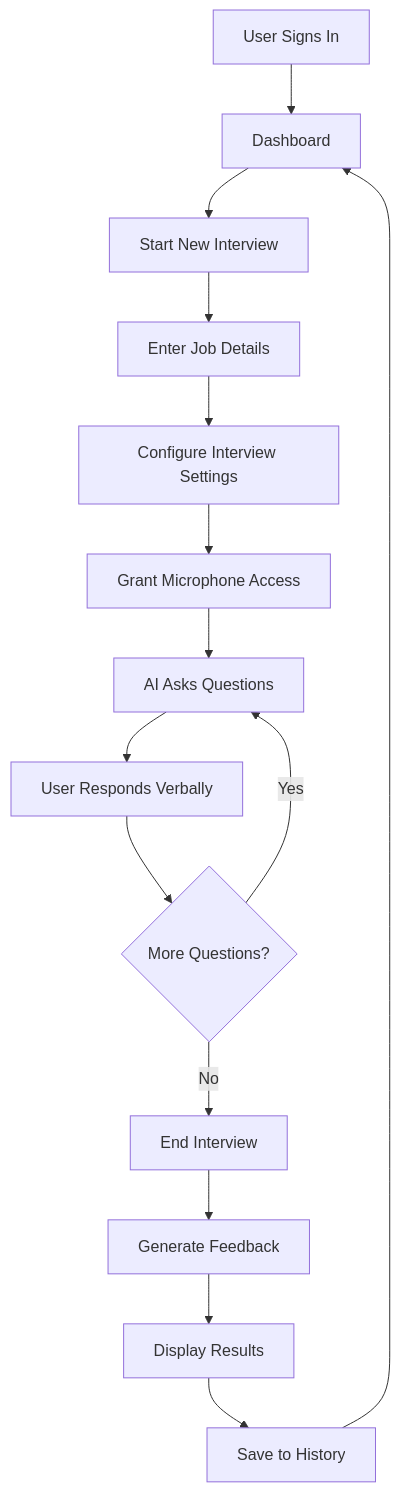
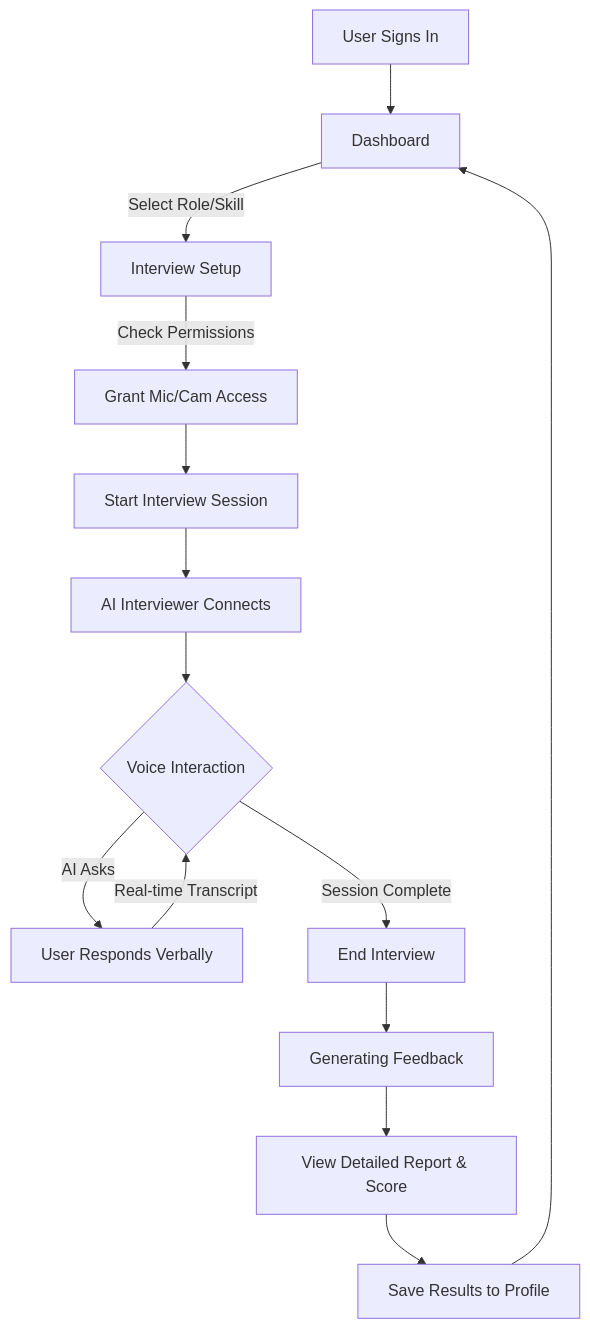
The diagram in README.md (raai2005/FlexYourFit), drawn with Mermaid before and after one commit. The commit also changed other lines of this file, not shown here.

Commit message:
docs: Update README with a more detailed interview process flow, incorporating specific steps and technologies like Vapi and Gemini AI.

````diff
--- a/README.md
+++ b/README.md
@@ -259,17 +259,16 @@
 ```mermaid
 graph TD
     A[User Signs In] --> B[Dashboard]
-    B --> C[Start New Interview]
-    C --> D[Enter Job Details]
-    D --> E[Configure Interview Settings]
-    E --> F[Grant Microphone Access]
-    F --> G[AI Asks Questions]
-    G --> H[User Responds Verbally]
-    H --> I{More Questions?}
-    I -->|Yes| G
-    I -->|No| J[End Interview]
-    J --> K[Generate Feedback]
-    K --> L[Display Results]
-    L --> M[Save to History]
-    M --> B
+    B -->|Select Role/Skill| C[Interview Setup]
+    C -->|Check Permissions| D[Grant Mic/Cam Access]
+    D --> E[Start Interview Session]
+    E --> F[AI Interviewer Connects]
+    F --> G{Voice Interaction}
+    G -->|AI Asks| H[User Responds Verbally]
+    H -->|Real-time Transcript| G
+    G -->|Session Complete| I[End Interview]
+    I --> J[Generating Feedback]
+    J --> K[View Detailed Report & Score]
+    K --> L[Save Results to Profile]
+    L --> B
 ```
````
